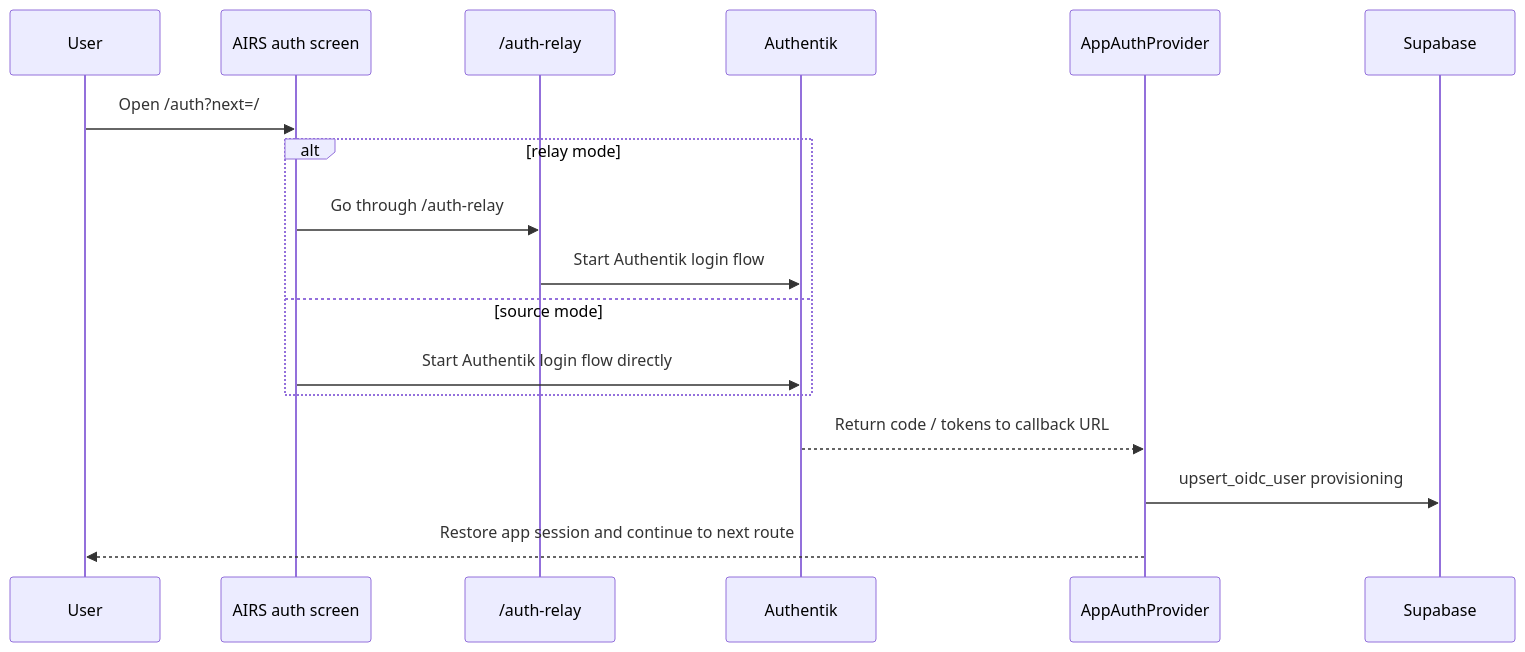
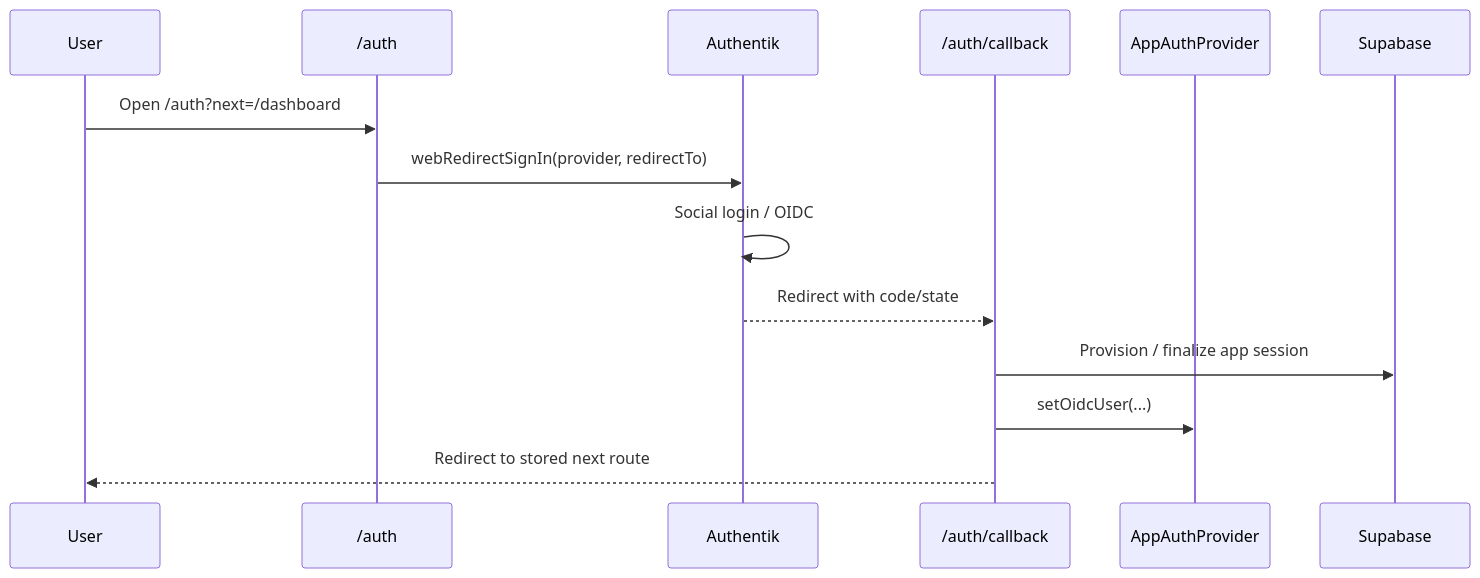
One commit to alternun-development/alternun changed the first of 2 diagrams in apps/docs/docs/Architecture/authentication-and-session-flow.md. Above: the diagram before and after it, drawn with Mermaid. The commit also changed other lines of this file and 35 other files, not shown here.

Commit message:
fix: split authentik web callback flow

````diff
--- a/apps/docs/docs/Architecture/authentication-and-session-flow.md
+++ b/apps/docs/docs/Architecture/authentication-and-session-flow.md
@@ -70,20 +103,17 @@
 ```mermaid
 sequenceDiagram
   participant User
-  participant Screen as AIRS auth screen
-  participant Relay as /auth-relay
+  participant App as /auth
   participant Auth as Authentik
+  participant Callback as /auth/callback
   participant Provider as AppAuthProvider
   participant Supabase as Supabase
 
-  User->>Screen: Open /auth?next=/
-  alt relay mode
-    Screen->>Relay: Go through /auth-relay
-    Relay->>Auth: Start Authentik login flow
-  else source mode
-    Screen->>Auth: Start Authentik login flow directly
-  end
-  Auth-->>Provider: Return code / tokens to callback URL
-  Provider->>Supabase: upsert_oidc_user provisioning
-  Provider-->>User: Restore app session and continue to next route
+  User->>App: Open /auth?next=/dashboard
+  App->>Auth: webRedirectSignIn(provider, redirectTo)
+  Auth->>Auth: Social login / OIDC
+  Auth-->>Callback: Redirect with code/state
+  Callback->>Supabase: Provision / finalize app session
+  Callback->>Provider: setOidcUser(...)
+  Callback-->>User: Redirect to stored next route
 ```
````
